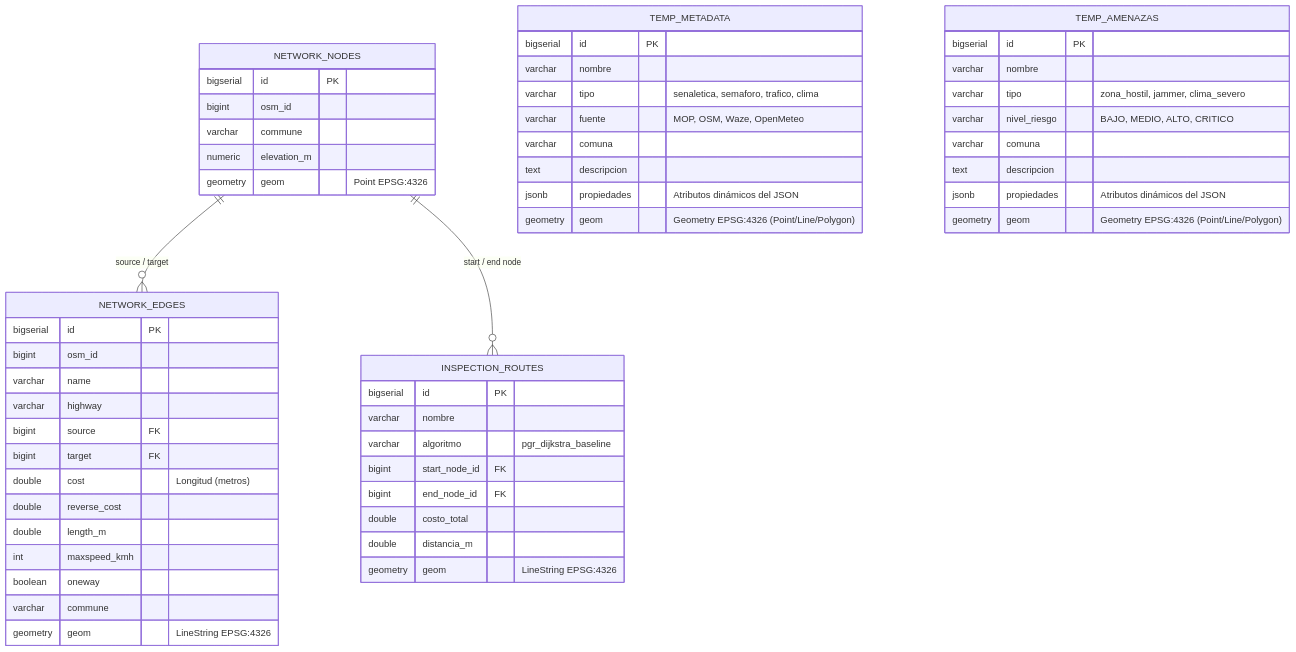
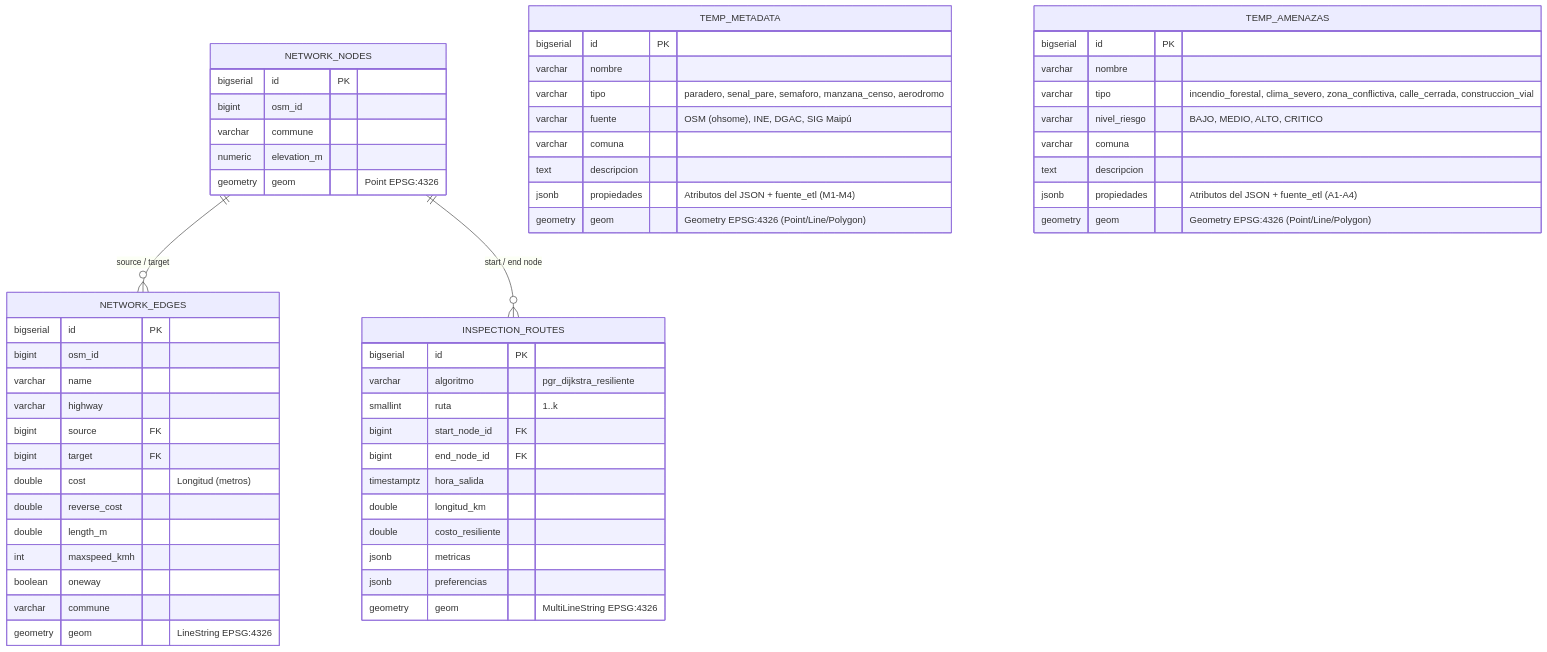
One commit to HugoosZ/Inspeccion-vial-UAV changed the diagram in database/README.md. Above: the diagram before and after it, drawn with Mermaid. The commit also changed other lines of this file and 2 other files, not shown here.

Commit message:
fix(database): sincronizar esquema con el ruteo resiliente y las fuentes A1-A4/M1-M4

````diff
--- a/database/README.md
+++ b/database/README.md
@@ -16,62 +16,65 @@
 ```mermaid
 erDiagram
     NETWORK_NODES ||--o{ NETWORK_EDGES : "source / target"
     NETWORK_NODES ||--o{ INSPECTION_ROUTES : "start / end node"
 
     NETWORK_NODES {
         bigserial id PK
         bigint osm_id
         varchar commune
         numeric elevation_m
         geometry geom "Point EPSG:4326"
     }
 
     NETWORK_EDGES {
         bigserial id PK
         bigint osm_id
         varchar name
         varchar highway
         bigint source FK
         bigint target FK
         double cost "Longitud (metros)"
         double reverse_cost
         double length_m
         int maxspeed_kmh
         boolean oneway
         varchar commune
         geometry geom "LineString EPSG:4326"
     }
 
     TEMP_METADATA {
         bigserial id PK
         varchar nombre
-        varchar tipo "senaletica, semaforo, trafico, clima"
-        varchar fuente "MOP, OSM, Waze, OpenMeteo"
+        varchar tipo "paradero, senal_pare, semaforo, manzana_censo, aerodromo"
+        varchar fuente "OSM (ohsome), INE, DGAC, SIG Maipú"
         varchar comuna
         text descripcion
-        jsonb propiedades "Atributos dinámicos del JSON"
+        jsonb propiedades "Atributos del JSON + fuente_etl (M1-M4)"
         geometry geom "Geometry EPSG:4326 (Point/Line/Polygon)"
     }
 
     TEMP_AMENAZAS {
         bigserial id PK
         varchar nombre
-        varchar tipo "zona_hostil, jammer, clima_severo"
+        varchar tipo "incendio_forestal, clima_severo, zona_conflictiva, calle_cerrada, construccion_vial"
         varchar nivel_riesgo "BAJO, MEDIO, ALTO, CRITICO"
         varchar comuna
         text descripcion
-        jsonb propiedades "Atributos dinámicos del JSON"
+        jsonb propiedades "Atributos del JSON + fuente_etl (A1-A4)"
         geometry geom "Geometry EPSG:4326 (Point/Line/Polygon)"
     }
 
     INSPECTION_ROUTES {
         bigserial id PK
-        varchar nombre
-        varchar algoritmo "pgr_dijkstra_baseline"
+        varchar algoritmo "pgr_dijkstra_resiliente"
+        smallint ruta "1..k"
         bigint start_node_id FK
         bigint end_node_id FK
-        double costo_total
-        double distancia_m
-        geometry geom "LineString EPSG:4326"
+        timestamptz hora_salida
+        double longitud_km
+        double costo_resiliente
+        jsonb metricas
+        jsonb preferencias
+        geometry geom "MultiLineString EPSG:4326"
     }
 ```
````
